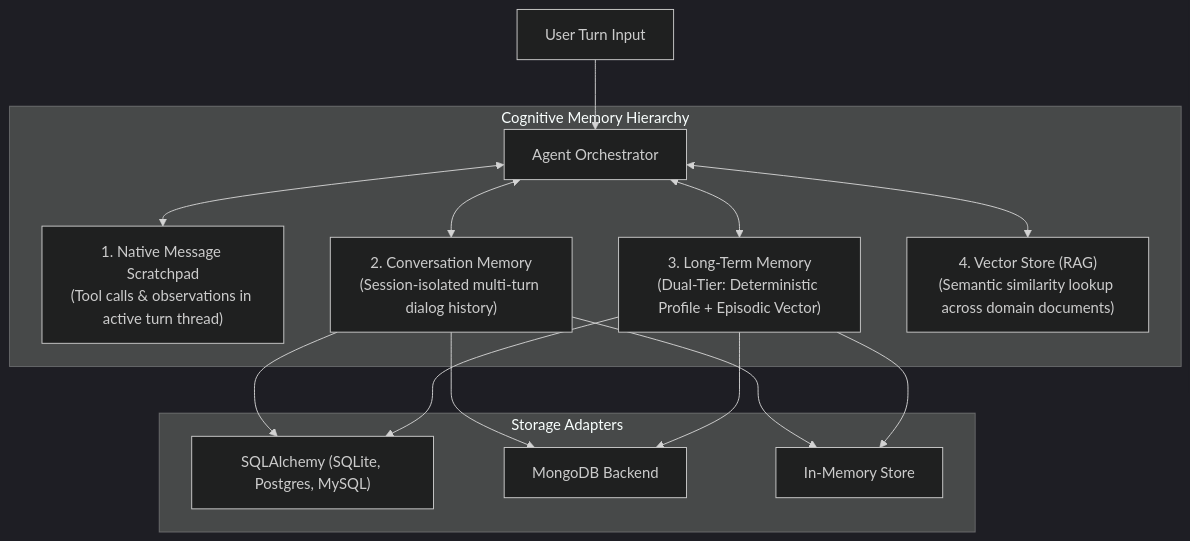
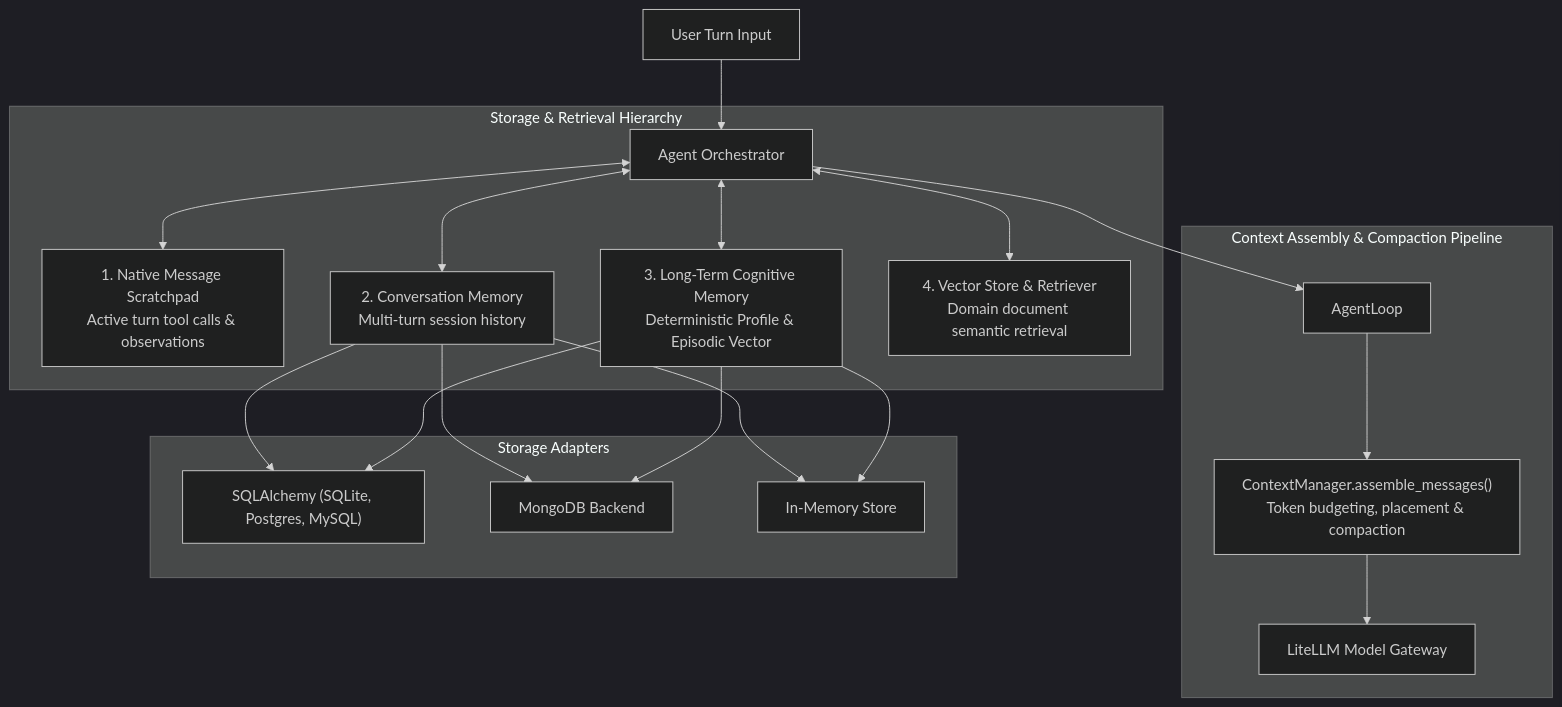
The diagram in docs/08-memory-context-management.md (aarumugapandi-t/litellm-adk), drawn with Mermaid (dark theme) before and after one commit. The commit also changed other lines of this file and 7 other files, not shown here.

````diff
--- a/docs/08-memory-context-management.md
+++ b/docs/08-memory-context-management.md
@@ -9,20 +9,26 @@
 ```mermaid
-graph TD
+flowchart TD
     UserTurn["User Turn Input"] --> Agent["Agent Orchestrator"]
     
-    subgraph "Cognitive Memory Hierarchy"
-        Agent <--> Scratchpad["1. Native Message Scratchpad\n(Tool calls & observations in active turn thread)"]
-        Agent <--> ConvoMem["2. Conversation Memory\n(Session-isolated multi-turn dialog history)"]
-        Agent <--> LongTermMem["3. Long-Term Memory\n(Dual-Tier: Deterministic Profile + Episodic Vector)"]
-        Agent <--> VectorMem["4. Vector Store (RAG)\n(Semantic similarity lookup across domain documents)"]
+    subgraph StorageHierarchy ["Storage & Retrieval Hierarchy"]
+        Agent <--> Scratchpad["1. Native Message Scratchpad<br/>Active turn tool calls & observations"]
+        Agent <--> ConvoMem["2. Conversation Memory<br/>Multi-turn session history"]
+        Agent <--> LongTermMem["3. Long-Term Cognitive Memory<br/>Deterministic Profile & Episodic Vector"]
+        Agent <--> VectorMem["4. Vector Store & Retriever<br/>Domain document semantic retrieval"]
     end
     
-    subgraph "Storage Adapters"
+    subgraph CompactionPipeline ["Context Assembly & Compaction Pipeline"]
+        Agent --> Loop["AgentLoop"]
+        Loop --> ContextMgr["ContextManager.assemble_messages()<br/>Token budgeting, placement & compaction"]
+        ContextMgr --> Model["LiteLLM Model Gateway"]
+    end
+    
+    subgraph StorageAdapters ["Storage Adapters"]
         ConvoMem --> SQLite["SQLAlchemy (SQLite, Postgres, MySQL)"]
         ConvoMem --> Mongo["MongoDB Backend"]
         ConvoMem --> InMem["In-Memory Store"]
         LongTermMem --> SQLite
         LongTermMem --> Mongo
         LongTermMem --> InMem
     end
 ```
````
